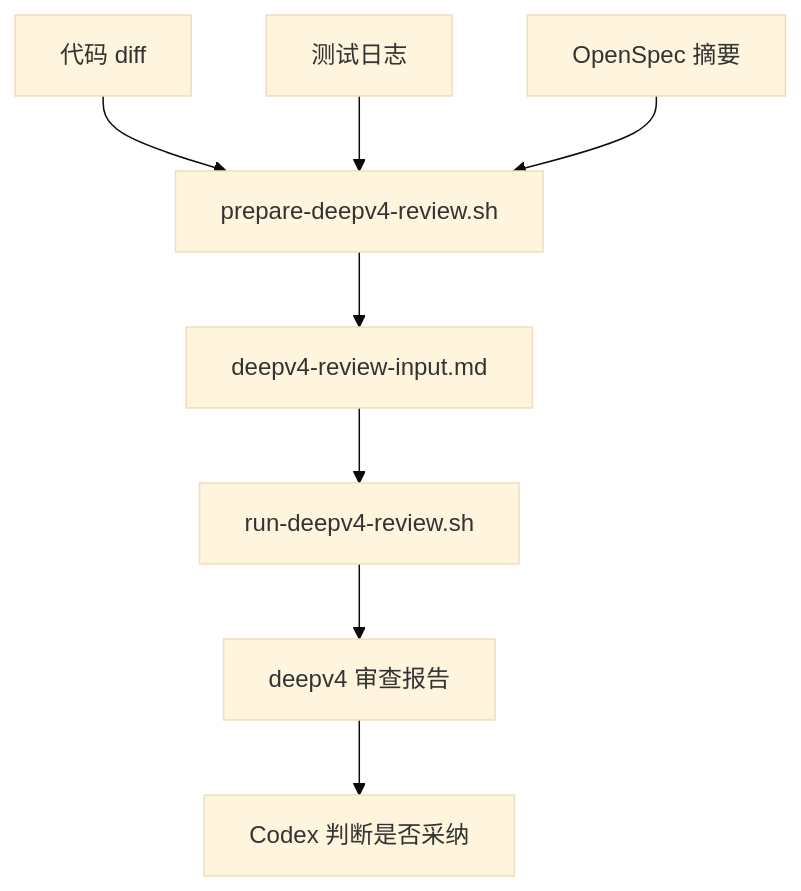
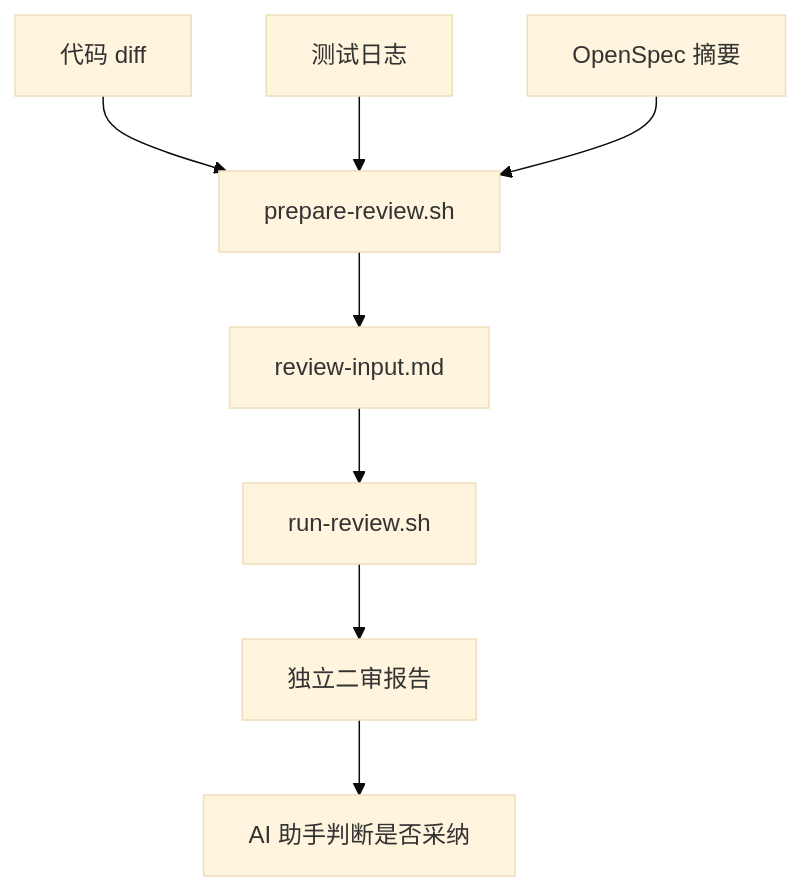
The fourth of 6 diagrams in control/docs/流程图.md (BrightLiu4917/ai-coding-fun), drawn with Mermaid (base theme) before and after one commit. The commit also changed other lines of this file and 160 other files, not shown here.

````diff
--- a/control/docs/流程图.md
+++ b/control/docs/流程图.md
@@ -55,10 +55,10 @@
 ```mermaid
 flowchart TD
-  A["代码 diff"] --> B["prepare-deepv4-review.sh"]
+  A["代码 diff"] --> B["prepare-review.sh"]
   C["测试日志"] --> B
   D["OpenSpec 摘要"] --> B
-  B --> E["deepv4-review-input.md"]
-  E --> F["run-deepv4-review.sh"]
-  F --> G["deepv4 审查报告"]
-  G --> H["Codex 判断是否采纳"]
+  B --> E["review-input.md"]
+  E --> F["run-review.sh"]
+  F --> G["独立二审报告"]
+  G --> H["AI 助手判断是否采纳"]
 ```
````
